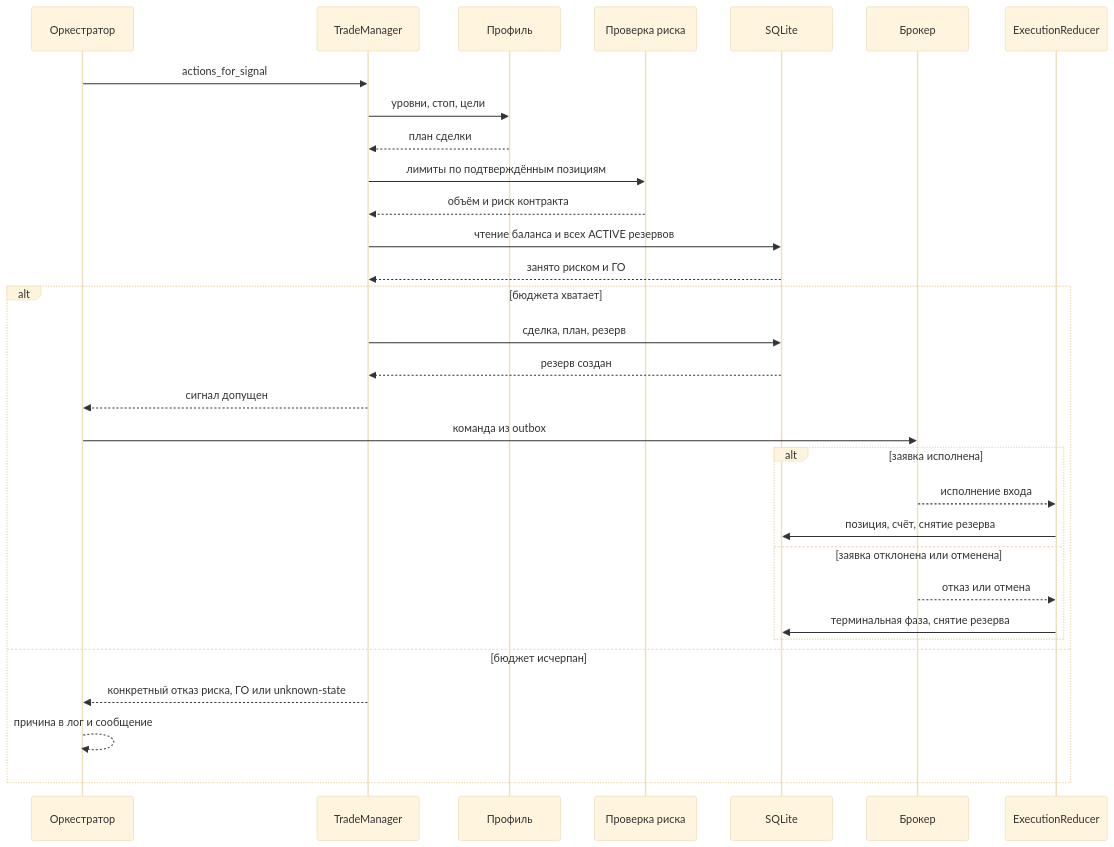
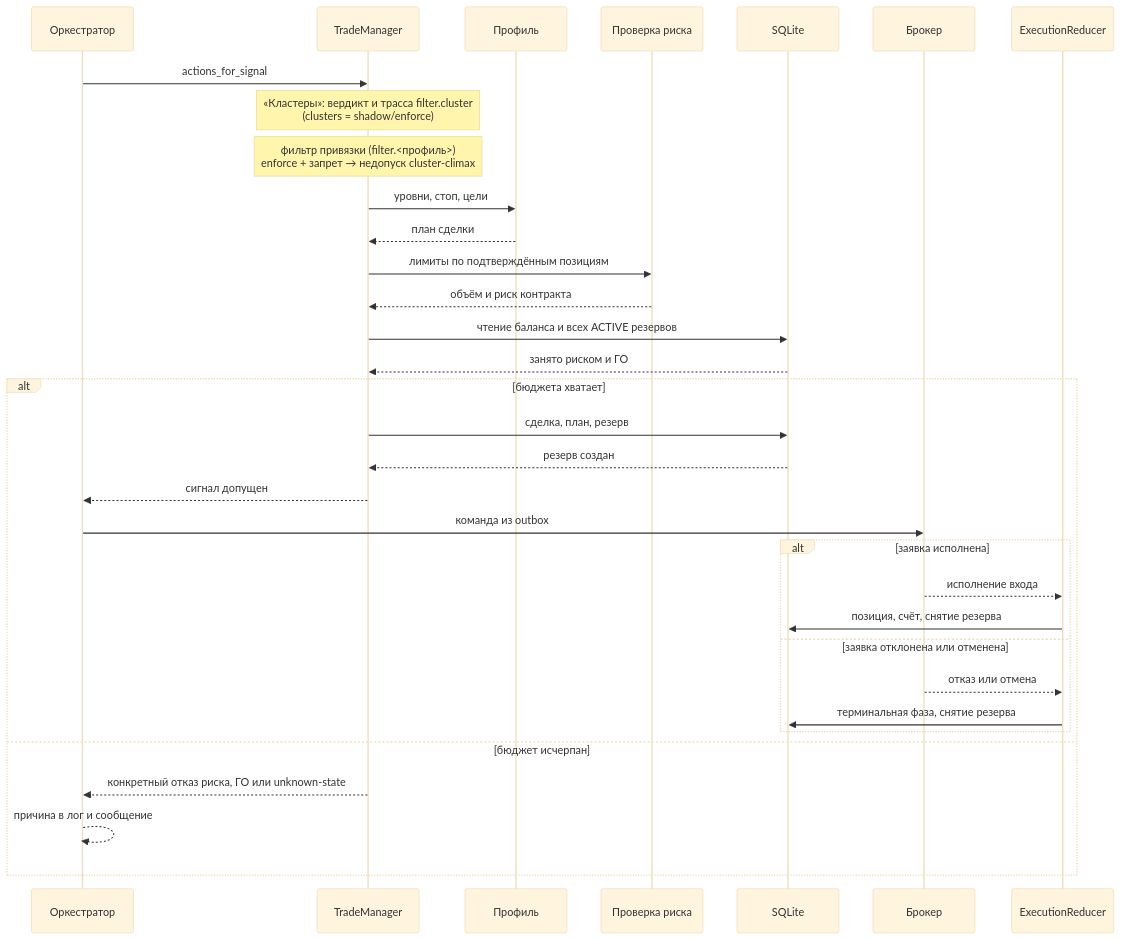
Before and after one commit to vladilenao/My_roBot: the second of 3 diagrams in docs/trade-management/signal-pipeline.md, drawn with Mermaid (base theme). The commit also changed other lines of this file and 41 other files, not shown here.

First line of the commit message:
feat(clusters): кластерный фильтр входа «Кластеры» и REST-отчёт

````diff
--- a/docs/trade-management/signal-pipeline.md
+++ b/docs/trade-management/signal-pipeline.md
@@ -83,34 +83,36 @@
 ```mermaid
 sequenceDiagram
     participant TB as Оркестратор
     participant TM as TradeManager
     participant PF as Профиль
     participant RM as Проверка риска
     participant DB as SQLite
     participant BR as Брокер
     participant RD as ExecutionReducer
 
     TB->>TM: actions_for_signal
+    Note over TM: «Кластеры»: вердикт и трасса filter.cluster<br/>(clusters = shadow/enforce)
+    Note over TM: фильтр привязки (filter.<профиль>)<br/>enforce + запрет → недопуск cluster-climax
     TM->>PF: уровни, стоп, цели
     PF-->>TM: план сделки
     TM->>RM: лимиты по подтверждённым позициям
     RM-->>TM: объём и риск контракта
     TM->>DB: чтение баланса и всех ACTIVE резервов
     DB-->>TM: занято риском и ГО
     alt бюджета хватает
         TM->>DB: сделка, план, резерв
         DB-->>TM: резерв создан
         TM-->>TB: сигнал допущен
         TB->>BR: команда из outbox
         alt заявка исполнена
             BR-->>RD: исполнение входа
             RD->>DB: позиция, счёт, снятие резерва
         else заявка отклонена или отменена
             BR-->>RD: отказ или отмена
             RD->>DB: терминальная фаза, снятие резерва
         end
     else бюджет исчерпан
         TM-->>TB: конкретный отказ риска, ГО или unknown-state
         TB-->>TB: причина в лог и сообщение
     end
 ```
````
